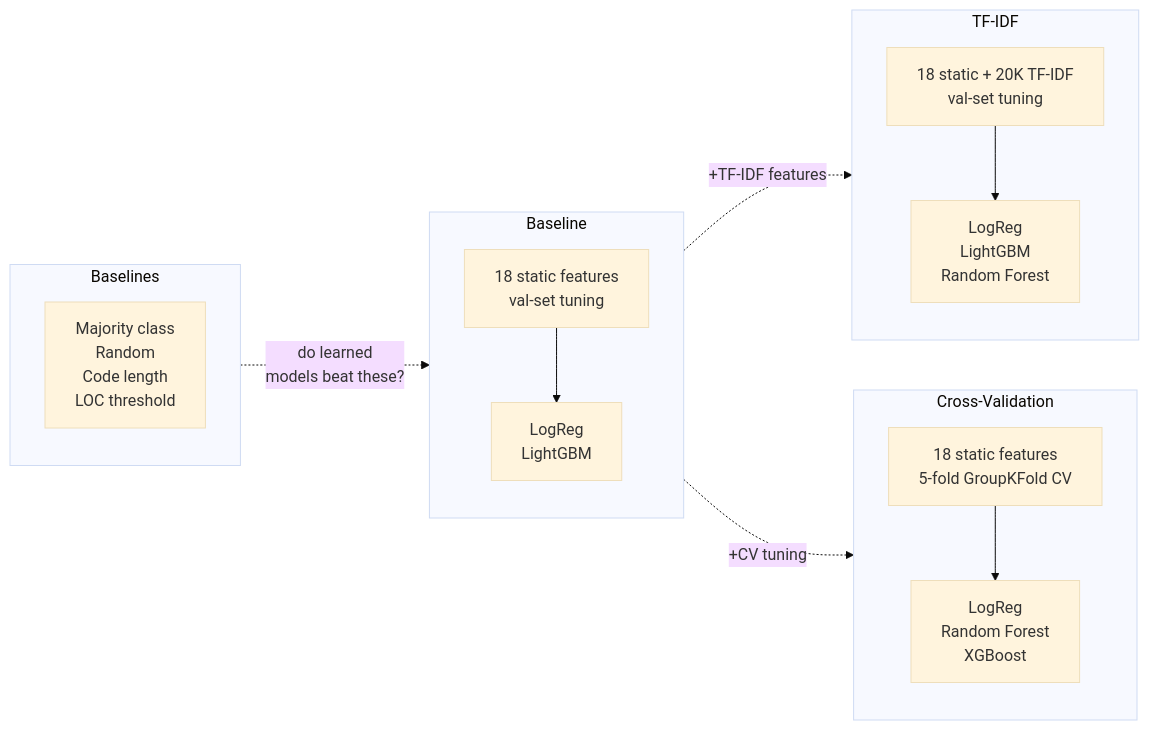
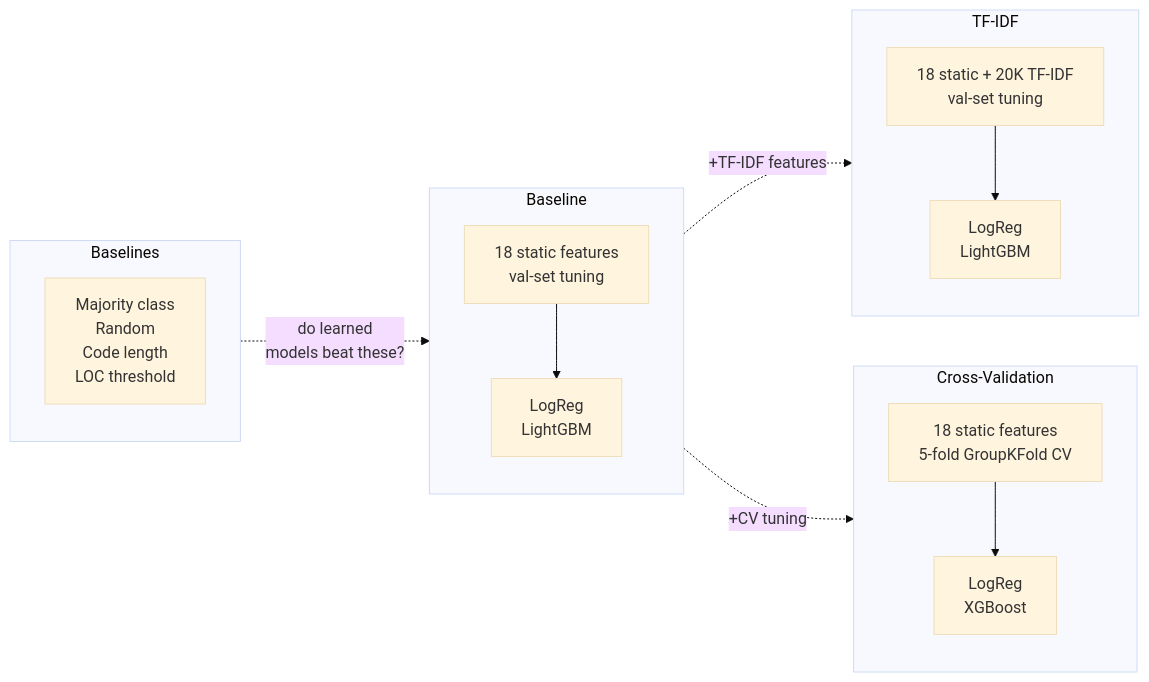
Before and after one commit to Vihaan8/ml_vibe_check_ai_code_quality: the diagram in models/README.md, drawn with Mermaid (base theme). The commit also changed other lines of this file and 27 other files, not shown here.

Commit message:
removed random forest stuff

````diff
--- a/models/README.md
+++ b/models/README.md
@@ -7,22 +7,22 @@
 ```mermaid
 flowchart LR
     subgraph baselines["Baselines"]
         BL["Majority class\nRandom\nCode length\nLOC threshold"]
     end
 
     subgraph baseline["Baseline"]
         B1["18 static features\nval-set tuning"] --> B2["LogReg\nLightGBM"]
     end
 
     subgraph tfidf["TF-IDF"]
-        T1["18 static + 20K TF-IDF\nval-set tuning"] --> T2["LogReg\nLightGBM\nRandom Forest"]
+        T1["18 static + 20K TF-IDF\nval-set tuning"] --> T2["LogReg\nLightGBM"]
     end
 
     subgraph crossval["Cross-Validation"]
-        C1["18 static features\n5-fold GroupKFold CV"] --> C2["LogReg\nRandom Forest\nXGBoost"]
+        C1["18 static features\n5-fold GroupKFold CV"] --> C2["LogReg\nXGBoost"]
     end
 
     baselines -.->|"do learned\nmodels beat these?"| baseline
     baseline -.->|"+TF-IDF features"| tfidf
     baseline -.->|"+CV tuning"| crossval
 ```
````
